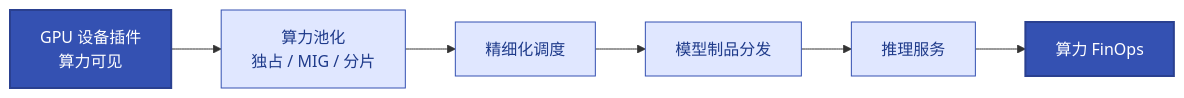
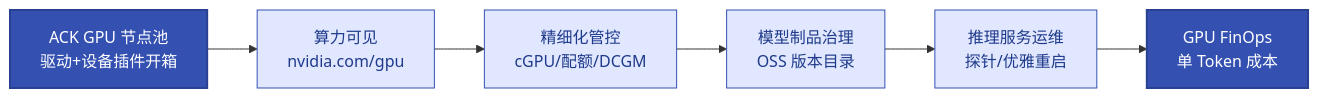
The diagram in docs/17-ai-workload-gpu-ops.md (jackiesre721/ai-native-ops), drawn with Mermaid before and after one commit. The commit also changed other lines of this file and 21 other files, not shown here.

````diff
--- a/docs/17-ai-workload-gpu-ops.md
+++ b/docs/17-ai-workload-gpu-ops.md
@@ -12,9 +13,9 @@
 ```mermaid
 flowchart LR
-    G[GPU 设备插件<br/>算力可见] --> P[算力池化<br/>独占 / MIG / 分片] --> S[精细化调度]
-    S --> M[模型制品分发] --> I[推理服务] --> F[算力 FinOps]
+    G[ACK GPU 节点池<br/>驱动+设备插件开箱] --> P[算力可见<br/>nvidia.com/gpu] --> S[精细化管控<br/>cGPU/配额/DCGM]
+    S --> M[模型制品治理<br/>OSS 版本目录] --> I[推理服务运维<br/>探针/优雅重启] --> F[GPU FinOps<br/>单 Token 成本]
     classDef start fill:#3451b2,color:#fff,stroke:#2a4090,stroke-width:2px
     classDef proc fill:#e0e7ff,stroke:#3451b2,color:#1e3a8a
     class G,F start
     class P,S,M,I proc
 ```
````
